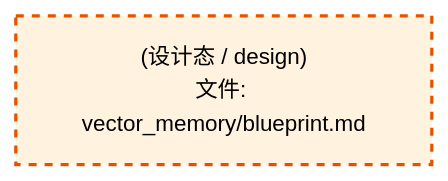
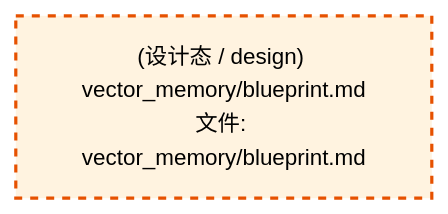
Before and after one commit to xuanFelixVan/ZephyrAlpha: the first of 2 diagrams in docs/02_enterprise_architecture/02_domain_architecture_docs/58_d_knowledge.md, drawn with Mermaid. The commit also changed other lines of this file and 77 other files, not shown here.

````diff
--- a/docs/02_enterprise_architecture/02_domain_architecture_docs/58_d_knowledge.md
+++ b/docs/02_enterprise_architecture/02_domain_architecture_docs/58_d_knowledge.md
@@ -53,10 +53,10 @@
 ```mermaid
 %%{init: {'theme': 'base', 'themeVariables': {'primaryColor': '#eaeaea', 'primaryTextColor': '#333333', 'primaryBorderColor': '#666666', 'lineColor': '#666666', 'secondaryColor': '#eaeaea', 'tertiaryColor': '#eaeaea', 'fontSize': '14px'}}}%%
 flowchart TD
-    docs_03_modules_domain_knowledge_vector_memory_blueprint_md["(设计态 / design)<br/>文件: vector_memory/blueprint.md"]
+    docs_03_modules_domain_knowledge_vector_memory_blueprint_md["(设计态 / design) vector_memory/blueprint.md<br/>文件: vector_memory/blueprint.md"]
     classDef production fill:#e1f5fe,stroke:#01579b,stroke-width:2px,color:#000
     classDef design fill:#fff3e0,stroke:#e65100,stroke-width:2px,color:#000,stroke-dasharray: 5 5
     classDef external_prod fill:#e8f4fd,stroke:#0277bd,stroke-width:1px,color:#000
     classDef external_design fill:#fff8e7,stroke:#ef6c00,stroke-width:1px,color:#000,stroke-dasharray: 5 5
     class docs_03_modules_domain_knowledge_vector_memory_blueprint_md design
 ```
````
